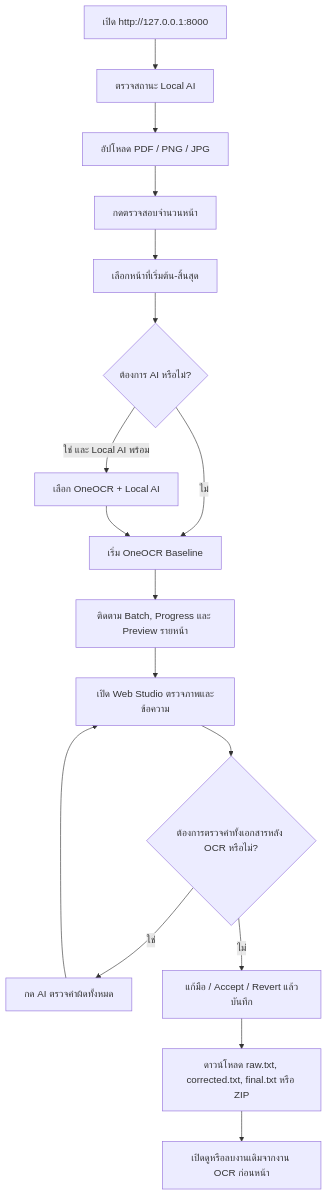
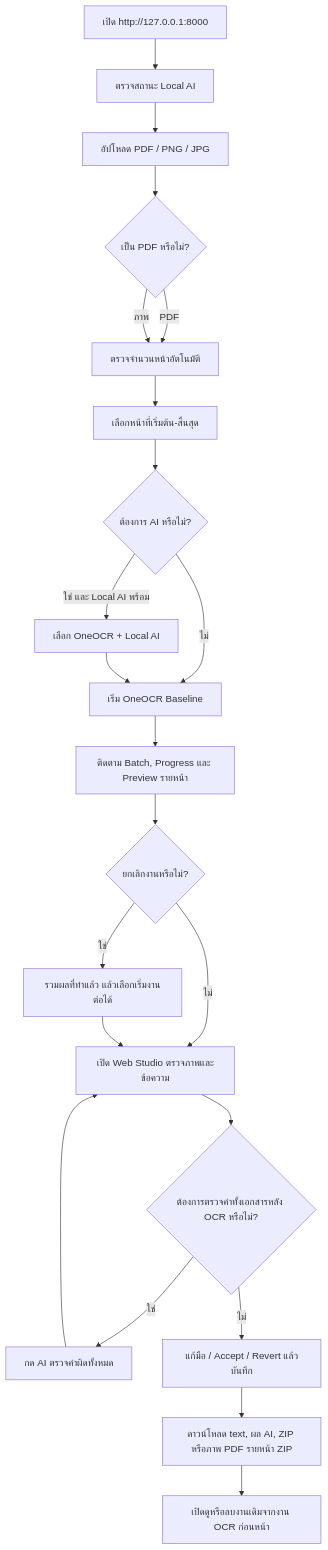
The fifth of 5 diagrams in readme.md (anuwatm/pdf-ocr-studio), drawn with Mermaid before and after one commit. The commit also changed other lines of this file and 4 other files, not shown here.

````diff
--- a/readme.md
+++ b/readme.md
@@ -234,19 +242,24 @@
 ```mermaid
 flowchart TD
     A["เปิด http://127.0.0.1:8000"] --> B["ตรวจสถานะ Local AI"]
     B --> C["อัปโหลด PDF / PNG / JPG"]
-    C --> D["กดตรวจสอบจำนวนหน้า"]
-    D --> E["เลือกหน้าที่เริ่มต้น-สิ้นสุด"]
-    E --> F{"ต้องการ AI หรือไม่?"}
-    F -->|ไม่| G["เริ่ม OneOCR Baseline"]
-    F -->|ใช่ และ Local AI พร้อม| H["เลือก OneOCR + Local AI"]
-    H --> G
-    G --> I["ติดตาม Batch, Progress และ Preview รายหน้า"]
-    I --> J["เปิด Web Studio ตรวจภาพและข้อความ"]
-    J --> K{"ต้องการตรวจคำทั้งเอกสารหลัง OCR หรือไม่?"}
-    K -->|ใช่| L["กด AI ตรวจคำผิดทั้งหมด"]
-    L --> J
-    K -->|ไม่| M["แก้มือ / Accept / Revert แล้วบันทึก"]
-    M --> N["ดาวน์โหลด raw.txt, corrected.txt, final.txt หรือ ZIP"]
-    N --> O["เปิดดูหรือลบงานเดิมจากงาน OCR ก่อนหน้า"]
+    C --> D{"เป็น PDF หรือไม่?"}
+    D -->|PDF| E["ตรวจจำนวนหน้าอัตโนมัติ"]
+    D -->|ภาพ| E
+    E --> F["เลือกหน้าที่เริ่มต้น-สิ้นสุด"]
+    F --> G{"ต้องการ AI หรือไม่?"}
+    G -->|ไม่| H["เริ่ม OneOCR Baseline"]
+    G -->|ใช่ และ Local AI พร้อม| I["เลือก OneOCR + Local AI"]
+    I --> H
+    H --> J["ติดตาม Batch, Progress และ Preview รายหน้า"]
+    J --> K{"ยกเลิกงานหรือไม่?"}
+    K -->|ใช่| L["รวมผลที่ทำแล้ว แล้วเลือกเริ่มงานต่อได้"]
+    K -->|ไม่| M["เปิด Web Studio ตรวจภาพและข้อความ"]
+    L --> M
+    M --> N{"ต้องการตรวจคำทั้งเอกสารหลัง OCR หรือไม่?"}
+    N -->|ใช่| O["กด AI ตรวจคำผิดทั้งหมด"]
+    O --> M
+    N -->|ไม่| P["แก้มือ / Accept / Revert แล้วบันทึก"]
+    P --> Q["ดาวน์โหลด text, ผล AI, ZIP หรือภาพ PDF รายหน้า ZIP"]
+    Q --> R["เปิดดูหรือลบงานเดิมจากงาน OCR ก่อนหน้า"]
 ```
````
